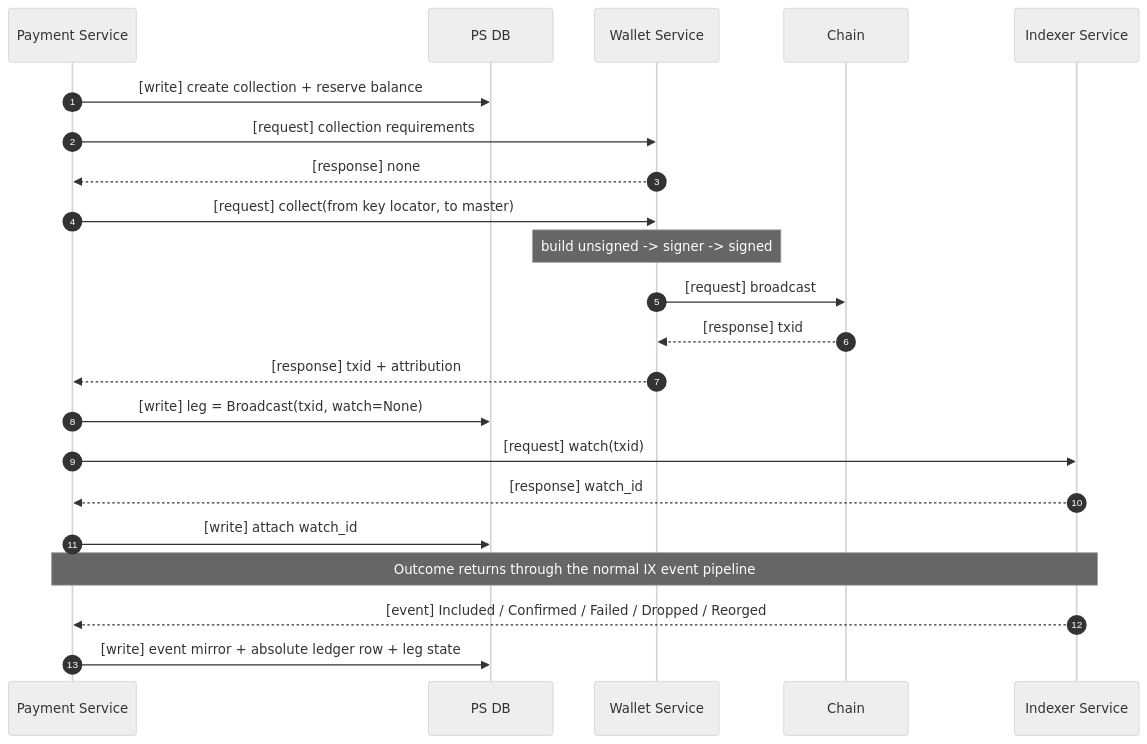
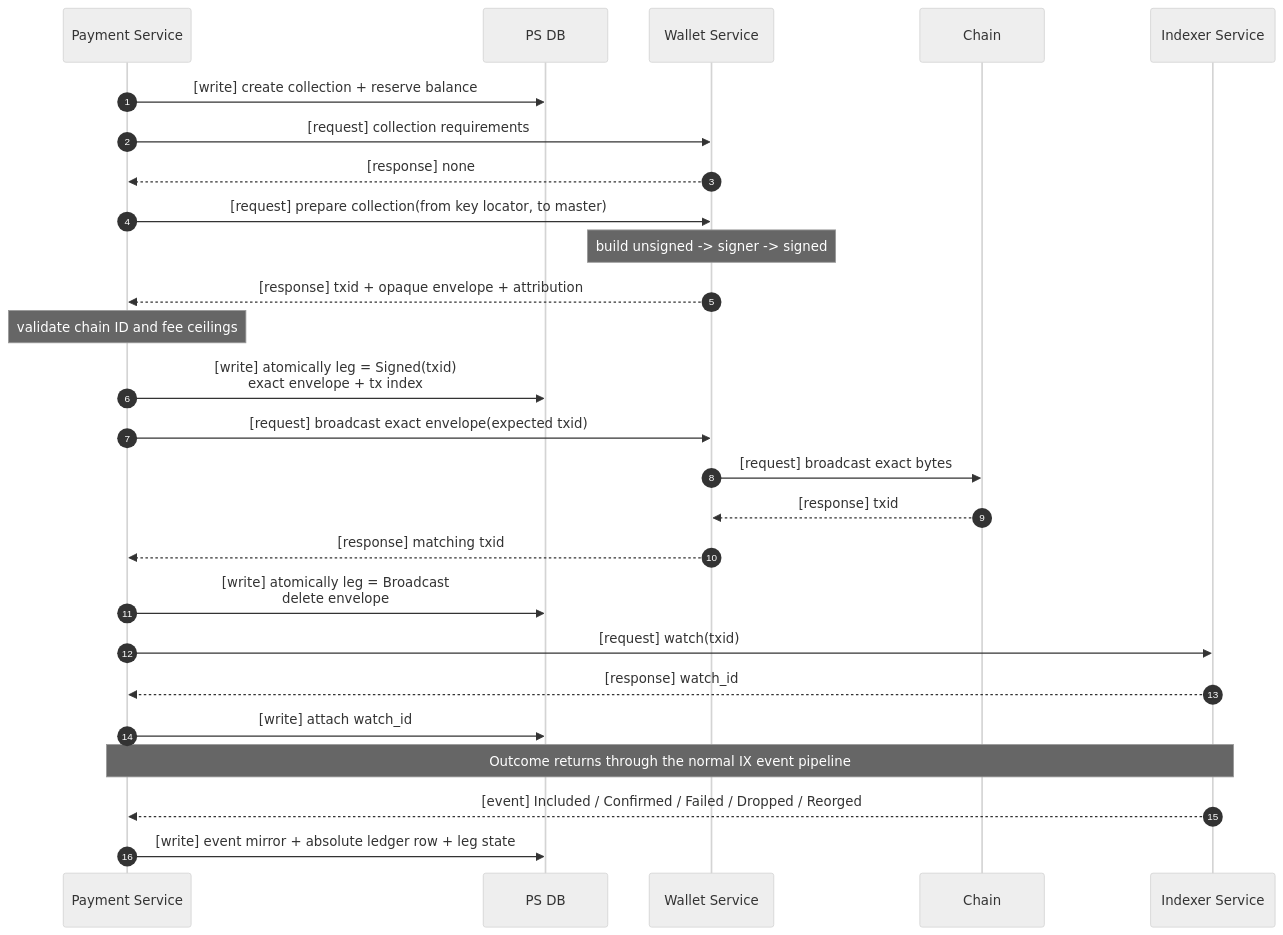
Before and after one commit to achiko/Payment-SDK: diagram 14 of 17 in docs/SYSTEM_REQUIREMENTS.md, drawn with Mermaid (neutral theme). The commit also changed other lines of this file and 83 other files, not shown here.

````diff
--- a/docs/SYSTEM_REQUIREMENTS.md
+++ b/docs/SYSTEM_REQUIREMENTS.md
@@ -694,26 +724,30 @@
 ```mermaid
 sequenceDiagram
     autonumber
     participant PS as Payment Service
     participant PSDB as PS DB
     participant WS as Wallet Service
     participant Chain
     participant IX as Indexer Service
 
     PS->>PSDB: [write] create collection + reserve balance
     PS->>WS: [request] collection requirements
     WS-->>PS: [response] none
-    PS->>WS: [request] collect(from key locator, to master)
+    PS->>WS: [request] prepare collection(from key locator, to master)
     Note over WS: build unsigned -> signer -> signed
-    WS->>Chain: [request] broadcast
+    WS-->>PS: [response] txid + opaque envelope + attribution
+    Note over PS: validate chain ID and fee ceilings
+    PS->>PSDB: [write] atomically leg = Signed(txid)<br/>exact envelope + tx index
+    PS->>WS: [request] broadcast exact envelope(expected txid)
+    WS->>Chain: [request] broadcast exact bytes
     Chain-->>WS: [response] txid
-    WS-->>PS: [response] txid + attribution
-    PS->>PSDB: [write] leg = Broadcast(txid, watch=None)
+    WS-->>PS: [response] matching txid
+    PS->>PSDB: [write] atomically leg = Broadcast<br/>delete envelope
     PS->>IX: [request] watch(txid)
     IX-->>PS: [response] watch_id
     PS->>PSDB: [write] attach watch_id
 
     Note over PS,IX: Outcome returns through the normal IX event pipeline
     IX-->>PS: [event] Included / Confirmed / Failed / Dropped / Reorged
     PS->>PSDB: [write] event mirror + absolute ledger row + leg state
 ```
````
